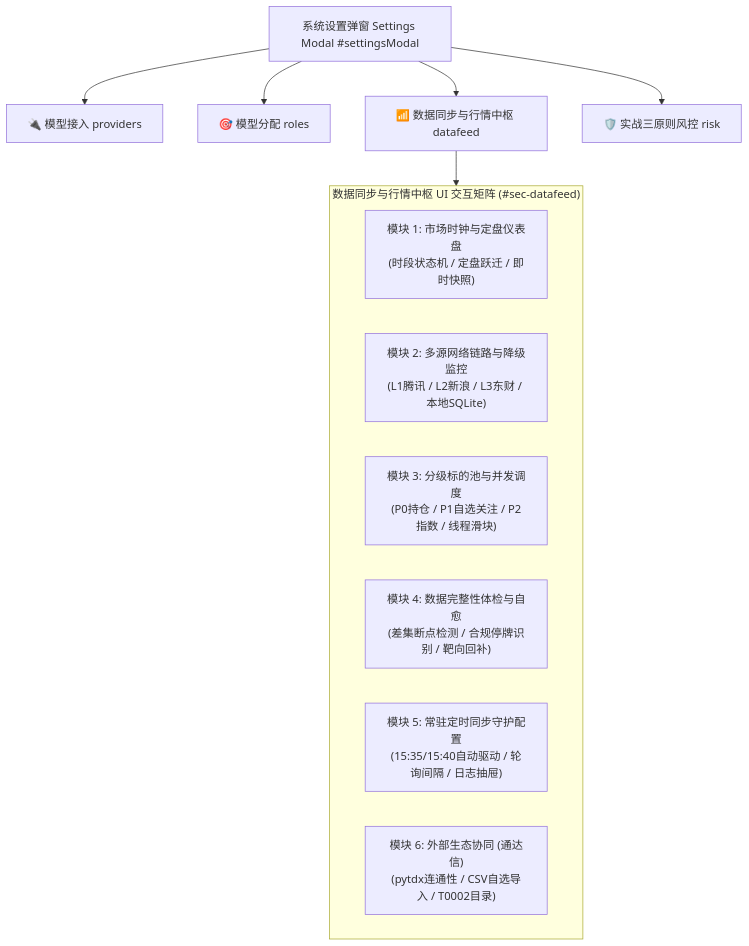
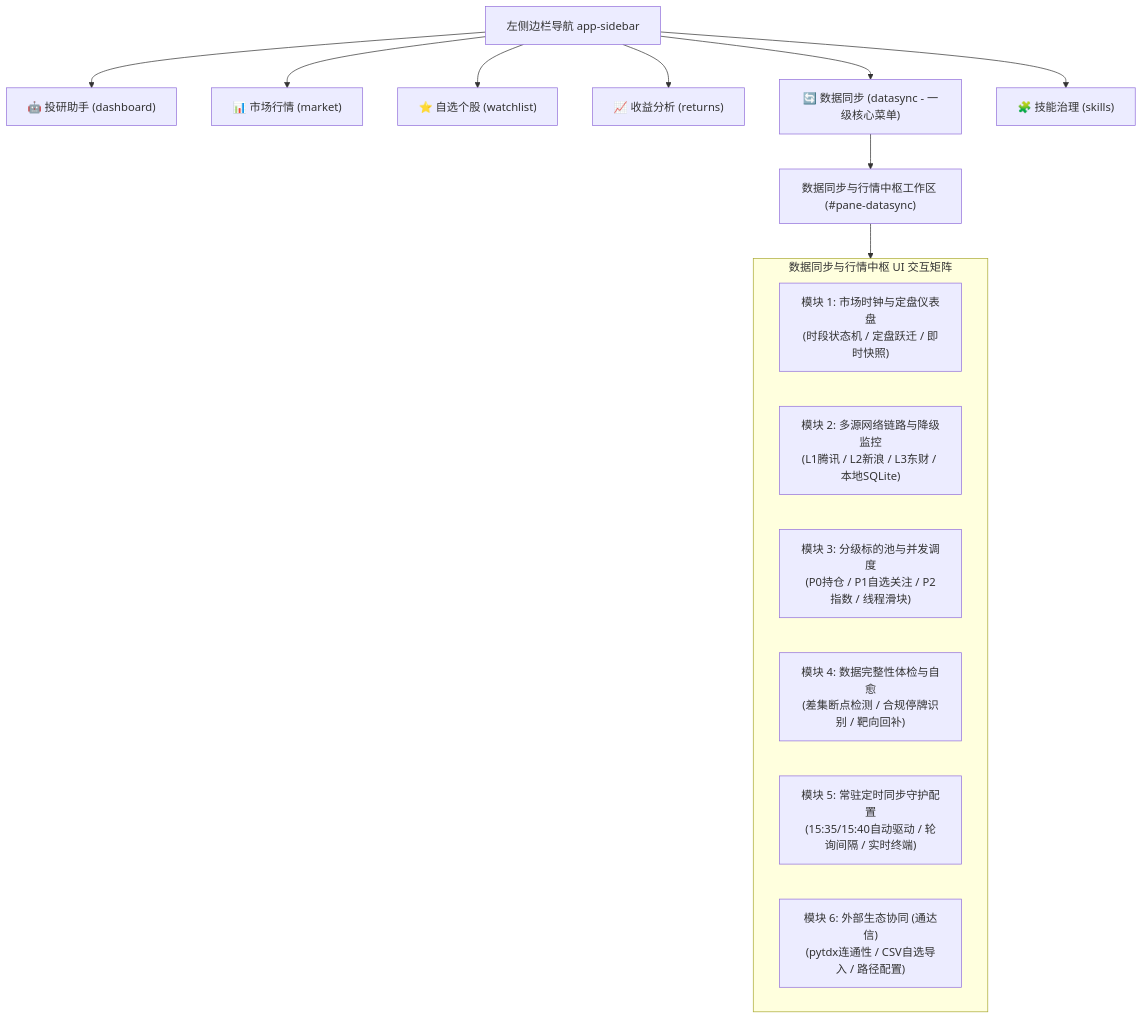
The first of 2 diagrams in docs/guidelines/ui/data-sync-settings-ui-specification.md (cvdnn/a_stock_agents), drawn with Mermaid before and after one commit. The commit also changed other lines of this file and 5 other files, not shown here.

````diff
--- a/docs/guidelines/ui/data-sync-settings-ui-specification.md
+++ b/docs/guidelines/ui/data-sync-settings-ui-specification.md
@@ -18,18 +21,22 @@
 ```mermaid
 graph TD
-    Settings[系统设置弹窗 Settings Modal #settingsModal] --> Tab1[🔌 模型接入 providers]
-    Settings --> Tab2[🎯 模型分配 roles]
-    Settings --> Tab3[📶 数据同步与行情中枢 datafeed]
-    Settings --> Tab4[🛡️ 实战三原则风控 risk]
+    Sidebar[左侧边栏导航 app-sidebar] --> Menu1["🤖 投研助手 (dashboard)"]
+    Sidebar --> Menu2["📊 市场行情 (market)"]
+    Sidebar --> Menu3["⭐ 自选个股 (watchlist)"]
+    Sidebar --> Menu4["📈 收益分析 (returns)"]
+    Sidebar --> Menu5["🔄 数据同步 (datasync - 一级核心菜单)"]
+    Sidebar --> Menu6["🧩 技能治理 (skills)"]
 
-    subgraph Tab3_Content["数据同步与行情中枢 UI 交互矩阵 (#sec-datafeed)"]
+    Menu5 --> DataSyncWorkspace["数据同步与行情中枢工作区 (#pane-datasync)"]
+
+    subgraph DataSyncWorkspace_Layout["数据同步与行情中枢 UI 交互矩阵"]
         M1["模块 1: 市场时钟与定盘仪表盘<br>(时段状态机 / 定盘跃迁 / 即时快照)"]
         M2["模块 2: 多源网络链路与降级监控<br>(L1腾讯 / L2新浪 / L3东财 / 本地SQLite)"]
         M3["模块 3: 分级标的池与并发调度<br>(P0持仓 / P1自选关注 / P2指数 / 线程滑块)"]
         M4["模块 4: 数据完整性体检与自愈<br>(差集断点检测 / 合规停牌识别 / 靶向回补)"]
-        M5["模块 5: 常驻定时同步守护配置<br>(15:35/15:40自动驱动 / 轮询间隔 / 日志抽屉)"]
-        M6["模块 6: 外部生态协同 (通达信)<br>(pytdx连通性 / CSV自选导入 / T0002目录)"]
+        M5["模块 5: 常驻定时同步守护配置<br>(15:35/15:40自动驱动 / 轮询间隔 / 实时终端)"]
+        M6["模块 6: 外部生态协同 (通达信)<br>(pytdx连通性 / CSV自选导入 / 路径配置)"]
     end
 
-    Tab3 --> Tab3_Content
+    DataSyncWorkspace --> DataSyncWorkspace_Layout
 ```
````
